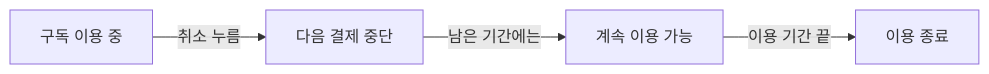
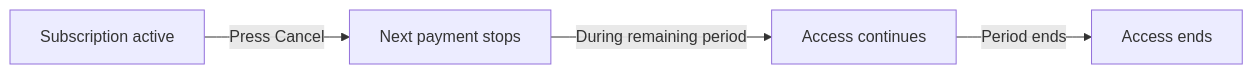
Before and after one commit to cwsbrian/showwork: the diagram in examples/subscription-cancellation.md, drawn with Mermaid. The commit also changed other lines of this file and 12 other files, not shown here.

````diff
--- a/examples/subscription-cancellation.md
+++ b/examples/subscription-cancellation.md
@@ -19,6 +19,6 @@
 ```mermaid
 flowchart LR
-    A[구독 이용 중] -->|취소 누름| B[다음 결제 중단]
-    B -->|남은 기간에는| C[계속 이용 가능]
-    C -->|이용 기간 끝| D[이용 종료]
+    A[Subscription active] -->|Press Cancel| B[Next payment stops]
+    B -->|During remaining period| C[Access continues]
+    C -->|Period ends| D[Access ends]
 ```
````
